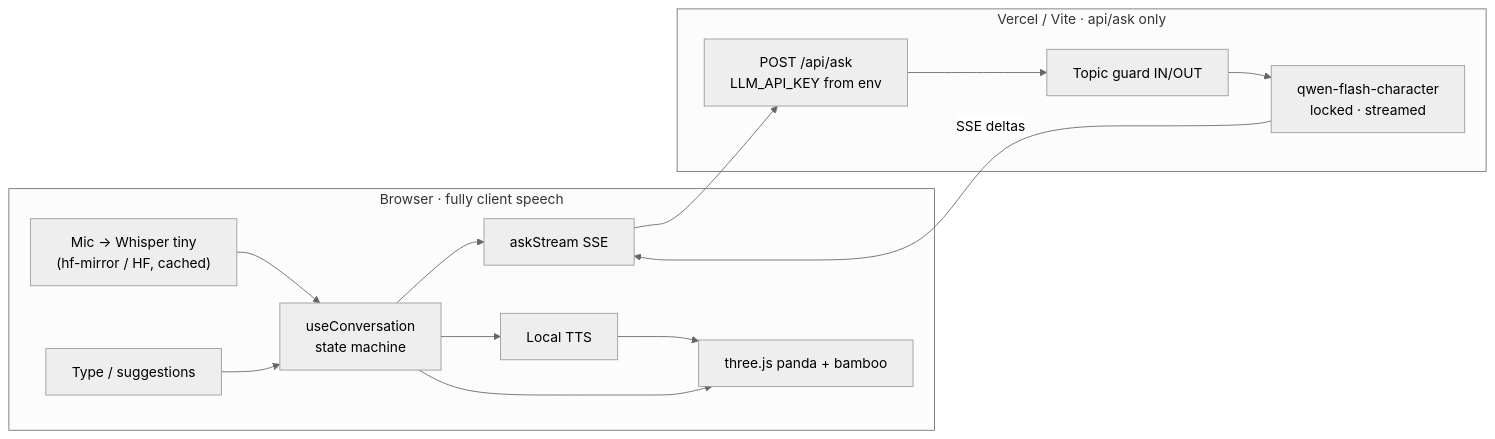
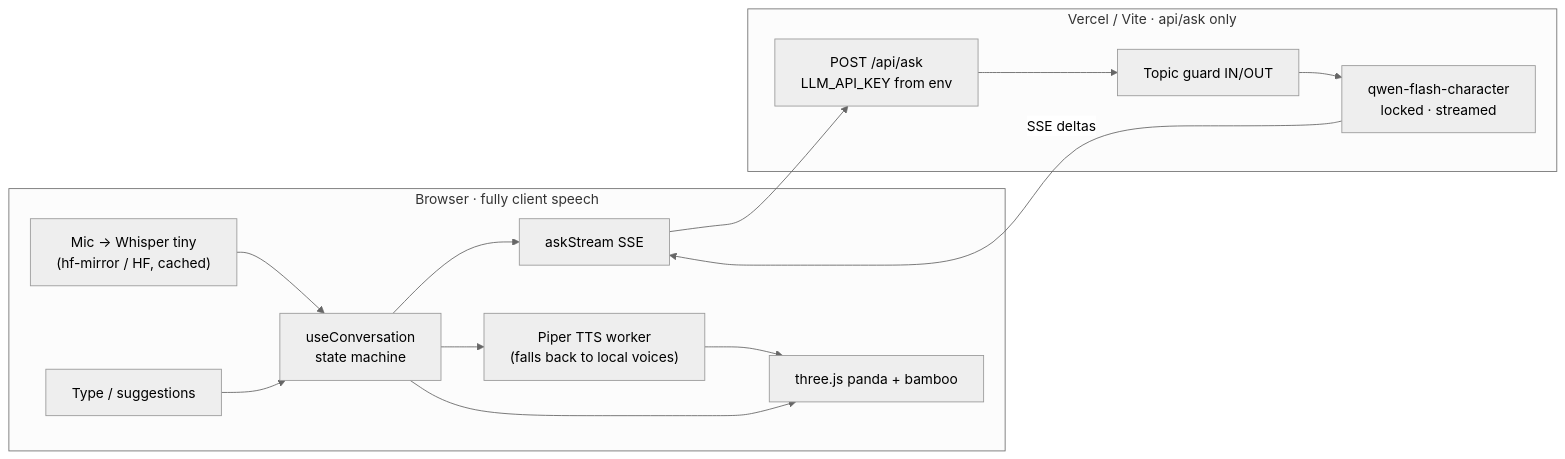
The diagram in README.md (RaphaelPelerin/Bao-The-Panda-Expert), drawn with Mermaid (neutral theme) before and after one commit. The commit also changed other lines of this file and 13 other files, not shown here.

````diff
--- a/README.md
+++ b/README.md
@@ -50,19 +50,19 @@
 ```mermaid
 flowchart LR
   subgraph Browser["Browser · fully client speech"]
     Mic["Mic → Whisper tiny\n(hf-mirror / HF, cached)"] --> Hook
     Type["Type / suggestions"] --> Hook
     Hook["useConversation\nstate machine"] --> SSE["askStream SSE"]
-    Hook --> TTS["Local TTS"]
+    Hook --> TTS["Piper TTS worker\n(falls back to local voices)"]
     Hook --> Avatar["three.js panda + bamboo"]
     TTS --> Avatar
   end
 
   subgraph Server["Vercel / Vite · api/ask only"]
     API["POST /api/ask\nLLM_API_KEY from env"] --> Guard["Topic guard IN/OUT"]
     Guard --> Qwen["qwen-flash-character\nlocked · streamed"]
   end
 
   SSE --> API
   Qwen -->|SSE deltas| SSE
 ```
````
